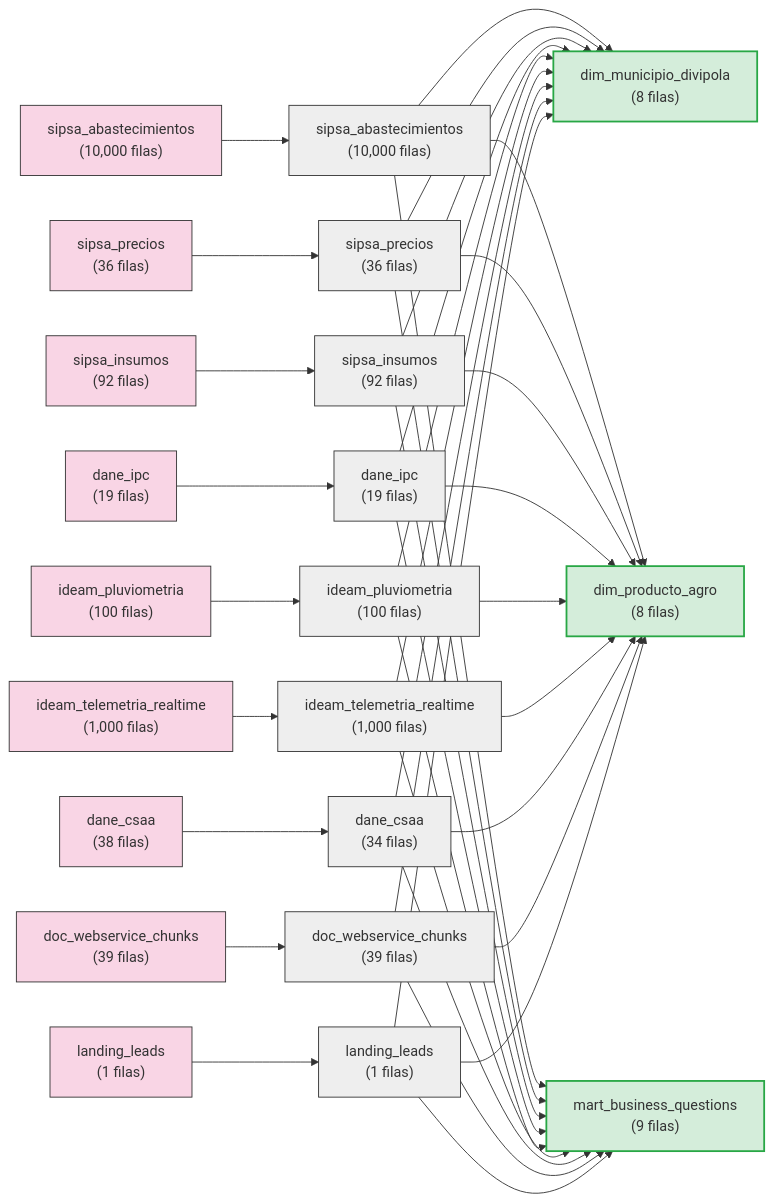
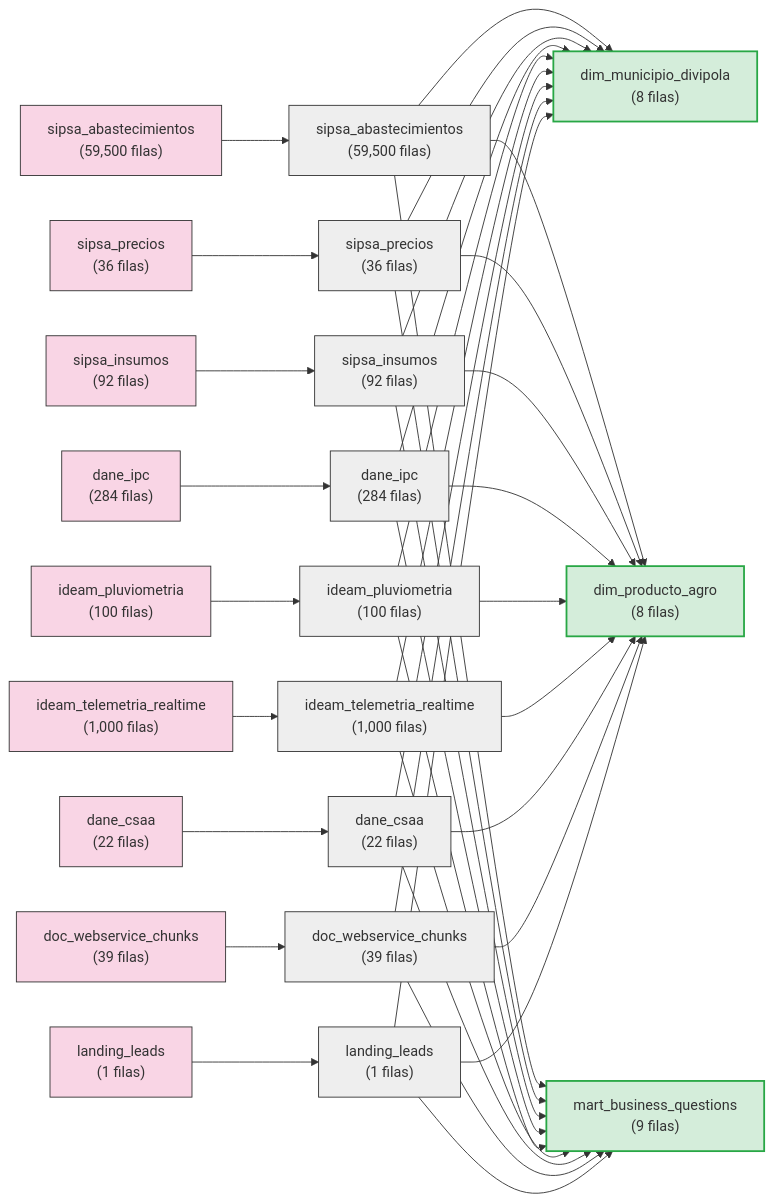
One commit to adansanchezc1-spec/AgroStatsApp changed the diagram in docs/lineage/lineage_dag.md. Above: the diagram before and after it, drawn with Mermaid. The commit also changed other lines of this file and 142 other files, not shown here.

````diff
--- a/docs/lineage/lineage_dag.md
+++ b/docs/lineage/lineage_dag.md
@@ -5,63 +5,63 @@
 ```mermaid
 flowchart LR
     classDef bronze fill:#f9d5e5,stroke:#333,stroke-width:1px;
     classDef silver fill:#eeeeee,stroke:#333,stroke-width:1px;
     classDef gold fill:#d4edda,stroke:#28a745,stroke-width:2px;
-    bronze_sipsa_abastecimientos["sipsa_abastecimientos<br/>(10,000 filas)"]:::bronze
-    silver_sipsa_abastecimientos["sipsa_abastecimientos<br/>(10,000 filas)"]:::silver
+    bronze_sipsa_abastecimientos["sipsa_abastecimientos<br/>(59,500 filas)"]:::bronze
+    silver_sipsa_abastecimientos["sipsa_abastecimientos<br/>(59,500 filas)"]:::silver
     bronze_sipsa_abastecimientos --> silver_sipsa_abastecimientos
     bronze_sipsa_precios["sipsa_precios<br/>(36 filas)"]:::bronze
     silver_sipsa_precios["sipsa_precios<br/>(36 filas)"]:::silver
     bronze_sipsa_precios --> silver_sipsa_precios
     bronze_sipsa_insumos["sipsa_insumos<br/>(92 filas)"]:::bronze
     silver_sipsa_insumos["sipsa_insumos<br/>(92 filas)"]:::silver
     bronze_sipsa_insumos --> silver_sipsa_insumos
-    bronze_dane_ipc["dane_ipc<br/>(19 filas)"]:::bronze
-    silver_dane_ipc["dane_ipc<br/>(19 filas)"]:::silver
+    bronze_dane_ipc["dane_ipc<br/>(284 filas)"]:::bronze
+    silver_dane_ipc["dane_ipc<br/>(284 filas)"]:::silver
     bronze_dane_ipc --> silver_dane_ipc
     bronze_ideam_pluviometria["ideam_pluviometria<br/>(100 filas)"]:::bronze
     silver_ideam_pluviometria["ideam_pluviometria<br/>(100 filas)"]:::silver
     bronze_ideam_pluviometria --> silver_ideam_pluviometria
     bronze_ideam_telemetria_realtime["ideam_telemetria_realtime<br/>(1,000 filas)"]:::bronze
     silver_ideam_telemetria_realtime["ideam_telemetria_realtime<br/>(1,000 filas)"]:::silver
     bronze_ideam_telemetria_realtime --> silver_ideam_telemetria_realtime
-    bronze_dane_csaa["dane_csaa<br/>(38 filas)"]:::bronze
-    silver_dane_csaa["dane_csaa<br/>(34 filas)"]:::silver
+    bronze_dane_csaa["dane_csaa<br/>(22 filas)"]:::bronze
+    silver_dane_csaa["dane_csaa<br/>(22 filas)"]:::silver
     bronze_dane_csaa --> silver_dane_csaa
     bronze_doc_webservice_chunks["doc_webservice_chunks<br/>(39 filas)"]:::bronze
     silver_doc_webservice_chunks["doc_webservice_chunks<br/>(39 filas)"]:::silver
     bronze_doc_webservice_chunks --> silver_doc_webservice_chunks
     bronze_landing_leads["landing_leads<br/>(1 filas)"]:::bronze
     silver_landing_leads["landing_leads<br/>(1 filas)"]:::silver
     bronze_landing_leads --> silver_landing_leads
     gold_dim_municipio_divipola["dim_municipio_divipola<br/>(8 filas)"]:::gold
     silver_sipsa_abastecimientos --> gold_dim_municipio_divipola
     silver_sipsa_precios --> gold_dim_municipio_divipola
     silver_sipsa_insumos --> gold_dim_municipio_divipola
     silver_dane_ipc --> gold_dim_municipio_divipola
     silver_ideam_pluviometria --> gold_dim_municipio_divipola
     silver_ideam_telemetria_realtime --> gold_dim_municipio_divipola
     silver_dane_csaa --> gold_dim_municipio_divipola
     silver_doc_webservice_chunks --> gold_dim_municipio_divipola
     silver_landing_leads --> gold_dim_municipio_divipola
     gold_dim_producto_agro["dim_producto_agro<br/>(8 filas)"]:::gold
     silver_sipsa_abastecimientos --> gold_dim_producto_agro
     silver_sipsa_precios --> gold_dim_producto_agro
     silver_sipsa_insumos --> gold_dim_producto_agro
     silver_dane_ipc --> gold_dim_producto_agro
     silver_ideam_pluviometria --> gold_dim_producto_agro
     silver_ideam_telemetria_realtime --> gold_dim_producto_agro
     silver_dane_csaa --> gold_dim_producto_agro
     silver_doc_webservice_chunks --> gold_dim_producto_agro
     silver_landing_leads --> gold_dim_producto_agro
     gold_mart_business_questions["mart_business_questions<br/>(9 filas)"]:::gold
     silver_sipsa_abastecimientos --> gold_mart_business_questions
     silver_sipsa_precios --> gold_mart_business_questions
     silver_sipsa_insumos --> gold_mart_business_questions
     silver_dane_ipc --> gold_mart_business_questions
     silver_ideam_pluviometria --> gold_mart_business_questions
     silver_ideam_telemetria_realtime --> gold_mart_business_questions
     silver_dane_csaa --> gold_mart_business_questions
     silver_doc_webservice_chunks --> gold_mart_business_questions
     silver_landing_leads --> gold_mart_business_questions
 ```
````
